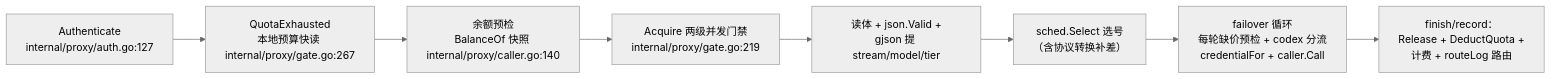
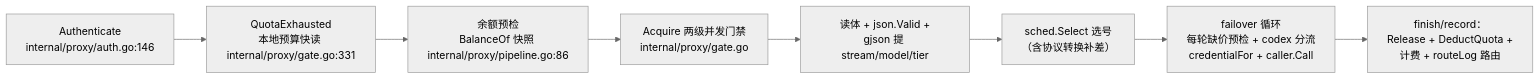
Before and after one commit to is7Qin/c3api: the second of 3 diagrams in docs/architecture-topology.md, drawn with Mermaid (neutral theme). The commit also changed other lines of this file and 4 other files, not shown here.

````diff
--- a/docs/architecture-topology.md
+++ b/docs/architecture-topology.md
@@ -112,10 +120,10 @@
 ```mermaid
 flowchart LR
-    A["Authenticate<br/>internal/proxy/auth.go:127"] --> B["QuotaExhausted<br/>本地预算快读 internal/proxy/gate.go:267"]
-    B --> C["余额预检<br/>BalanceOf 快照 internal/proxy/caller.go:140"]
-    C --> D["Acquire 两级并发门禁<br/>internal/proxy/gate.go:219"]
+    A["Authenticate<br/>internal/proxy/auth.go:146"] --> B["QuotaExhausted<br/>本地预算快读 internal/proxy/gate.go:331"]
+    B --> C["余额预检<br/>BalanceOf 快照 internal/proxy/pipeline.go:86"]
+    C --> D["Acquire 两级并发门禁<br/>internal/proxy/gate.go"]
     D --> F["读体 + json.Valid +<br/>gjson 提 stream/model/tier"]
     F --> G["sched.Select 选号<br/>（含协议转换补差）"]
     G --> H["failover 循环<br/>每轮缺价预检 + codex 分流<br/>credentialFor + caller.Call"]
     H --> I["finish/record：<br/>Release + DeductQuota +<br/>计费 + routeLog 路由"]
 ```
````
